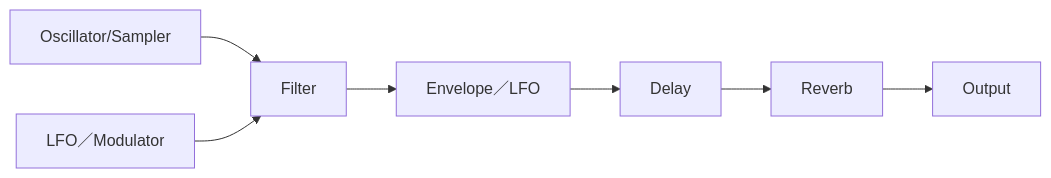
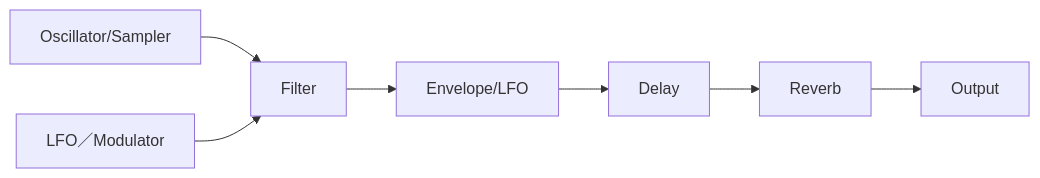
Before and after one commit to monumental-movement/monumental-movement.github.io: the diagram in en/_posts/2025-10-31-column-jeskola-buzz.md, drawn with Mermaid. The commit also changed other lines of this file and 1697 other files, not shown here.

```diff
--- a/en/_posts/2025-10-31-column-jeskola-buzz.md
+++ b/en/_posts/2025-10-31-column-jeskola-buzz.md
@@ -265,11 +267,11 @@
 <div class="mermaid">
 
 flowchart LR
 A[Oscillator/Sampler] --> B[Filter]
-B --> C[Envelope／LFO]
+B --> C[Envelope/LFO]
 C --> D[Delay]
 D --> E[Reverb]
 E --> F[Output]
 G[LFO／Modulator] --> B
 
 </div>
```
